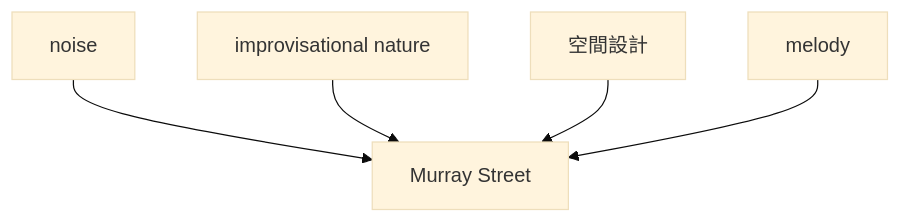
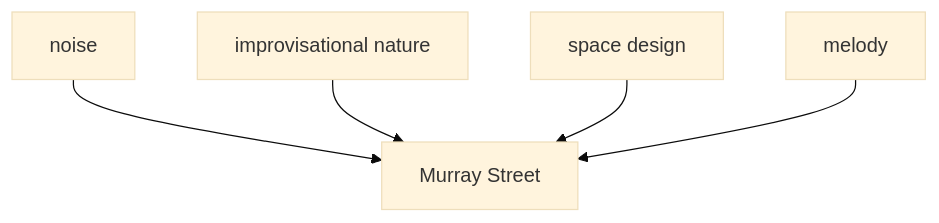
Before and after one commit to monumental-movement/monumental-movement.github.io: the fourth of 7 diagrams in en/_posts/2026-05-24-column-jim-o-rourke.md, drawn with Mermaid (base theme). The commit also changed other lines of this file and 657 other files, not shown here.

```diff
--- a/en/_posts/2026-05-24-column-jim-o-rourke.md
+++ b/en/_posts/2026-05-24-column-jim-o-rourke.md
@@ -242,7 +242,7 @@
 <div class="mermaid">
 flowchart TD
 A[noise] --> D[Murray Street]
 B[improvisational nature] --> D
-C[空間設計] --> D
+C[space design] --> D
 E[melody] --> D
 </div>
```
